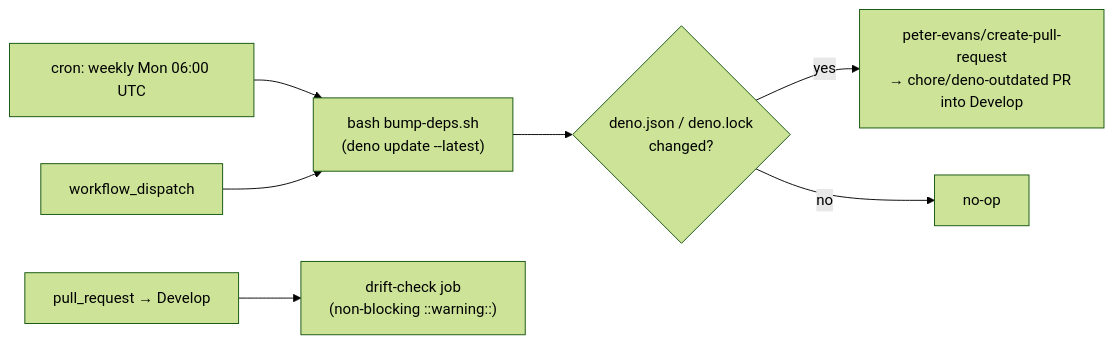
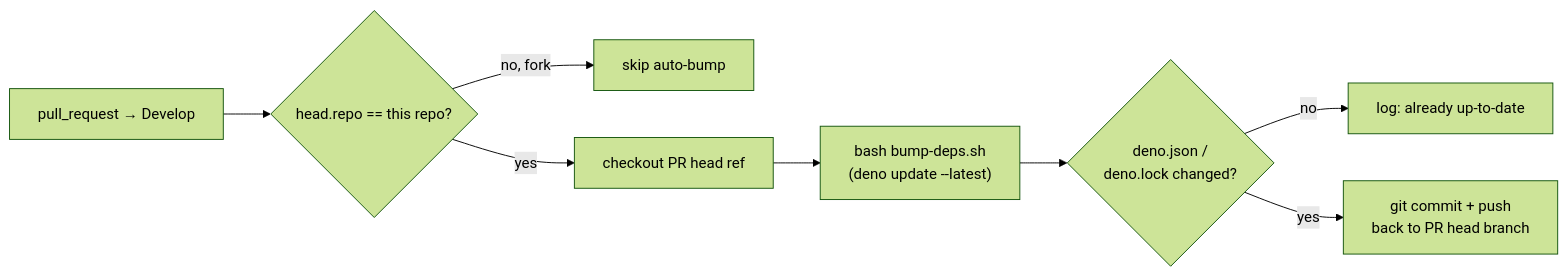
The diagram in docs/archive/pr-summary-362.md (stSoftwareAU/NEAT-AI-Examples), drawn with Mermaid (forest theme) before and after one commit. The commit also changed other lines of this file and 2 other files, not shown here.

First line of the commit message:
ci: auto-bump Deno deps on PR raise (#362)

````diff
--- a/docs/archive/pr-summary-362.md
+++ b/docs/archive/pr-summary-362.md
@@ -18,9 +21,10 @@
 ```mermaid
 flowchart LR
-    cron["cron: weekly Mon 06:00 UTC"] --> bump["bash bump-deps.sh<br/>(deno update --latest)"]
-    dispatch["workflow_dispatch"] --> bump
-    bump --> diff{deno.json / deno.lock<br/>changed?}
-    diff -- yes --> pr["peter-evans/create-pull-request<br/>→ chore/deno-outdated PR into Develop"]
-    diff -- no --> noop["no-op"]
-    pr_event["pull_request → Develop"] --> drift["drift-check job<br/>(non-blocking ::warning::)"]
+    pr["pull_request → Develop"] --> guard{head.repo == this repo?}
+    guard -- no, fork --> skip["skip auto-bump"]
+    guard -- yes --> checkout["checkout PR head ref"]
+    checkout --> bump["bash bump-deps.sh<br/>(deno update --latest)"]
+    bump --> diff{deno.json /<br/>deno.lock changed?}
+    diff -- no --> noop["log: already up-to-date"]
+    diff -- yes --> commit["git commit + push<br/>back to PR head branch"]
 ```
````
